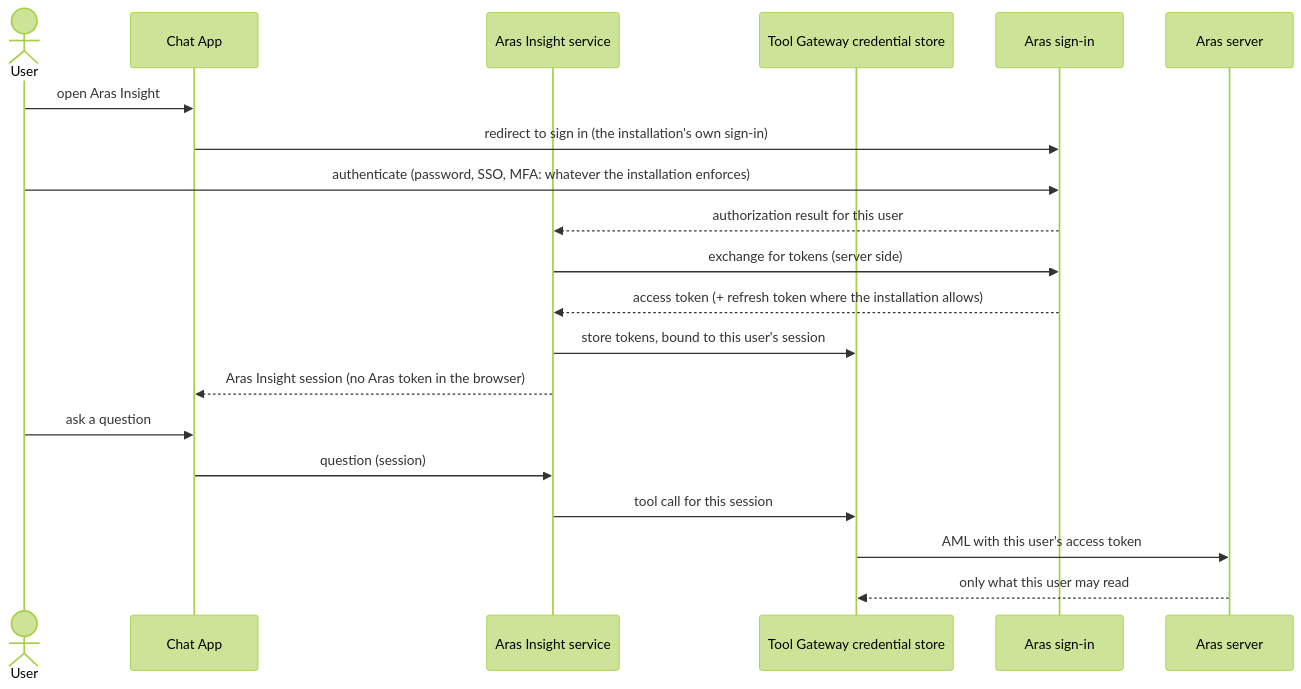
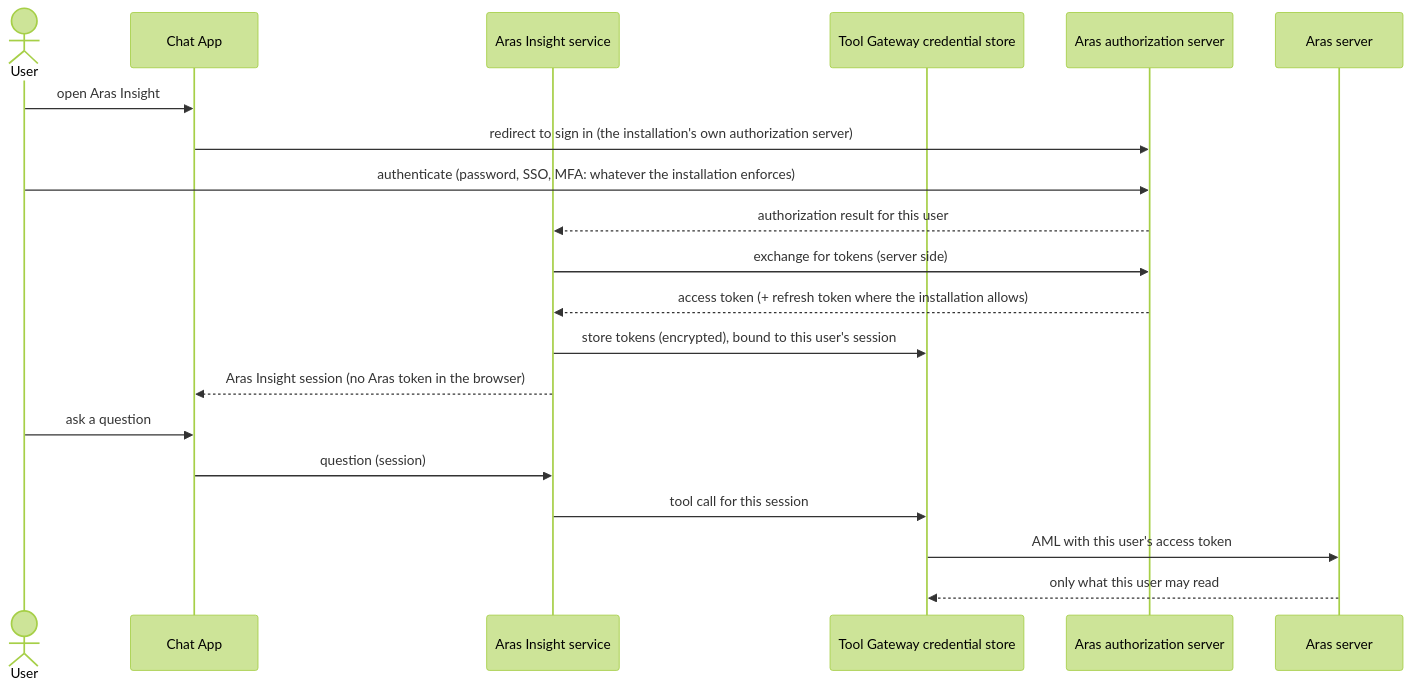
Before and after one commit to omkarbhale/aras-insight: the first of 2 diagrams in docs/architecture/security-and-permissions.md, drawn with Mermaid (forest theme). The commit also changed other lines of this file and 99 other files, not shown here.

````diff
--- a/docs/architecture/security-and-permissions.md
+++ b/docs/architecture/security-and-permissions.md
@@ -17,23 +18,23 @@
 ```mermaid
 sequenceDiagram
     actor U as User
     participant App as Chat App
     participant Svc as Aras Insight service
     participant GW as Tool Gateway credential store
-    participant IdP as Aras sign-in
+    participant IdP as Aras authorization server
     participant Aras as Aras server
 
     U->>App: open Aras Insight
-    App->>IdP: redirect to sign in (the installation's own sign-in)
+    App->>IdP: redirect to sign in (the installation's own authorization server)
     U->>IdP: authenticate (password, SSO, MFA: whatever the installation enforces)
     IdP-->>Svc: authorization result for this user
     Svc->>IdP: exchange for tokens (server side)
     IdP-->>Svc: access token (+ refresh token where the installation allows)
-    Svc->>GW: store tokens, bound to this user's session
+    Svc->>GW: store tokens (encrypted), bound to this user's session
     Svc-->>App: Aras Insight session (no Aras token in the browser)
     U->>App: ask a question
     App->>Svc: question (session)
     Svc->>GW: tool call for this session
     GW->>Aras: AML with this user's access token
     Aras-->>GW: only what this user may read
 ```
````
